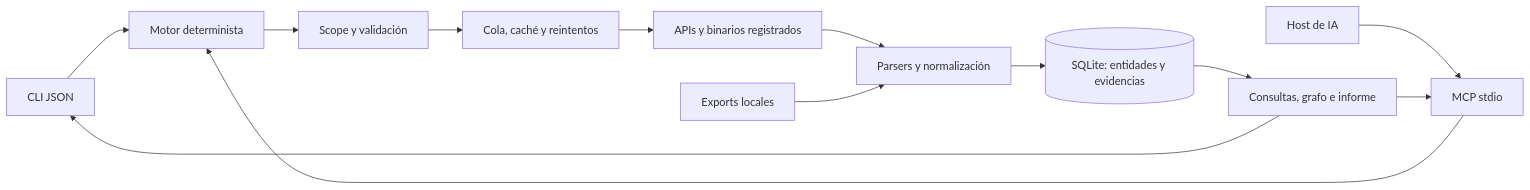
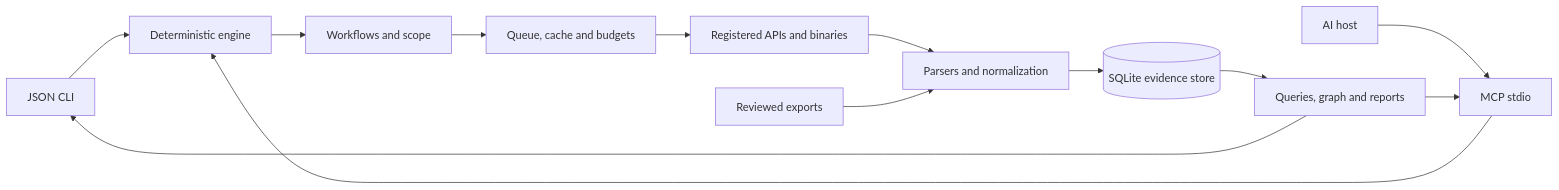
Before and after one commit to jenmar23rondon-ux/OSINT_POWER: the diagram in README.md, drawn with Mermaid. The commit also changed other lines of this file and 39 other files, not shown here.

````diff
--- a/README.md
+++ b/README.md
@@ -155,15 +181,15 @@
 ```mermaid
 flowchart LR
-    CLI[CLI JSON] --> E[Motor determinista]
-    AI[Host de IA] --> MCP[MCP stdio]
+    CLI[JSON CLI] --> E[Deterministic engine]
+    AI[AI host] --> MCP[MCP stdio]
     MCP --> E
-    E --> S[Scope y validación]
-    S --> Q[Cola, caché y reintentos]
-    Q --> A[APIs y binarios registrados]
-    A --> P[Parsers y normalización]
-    I[Exports locales] --> P
-    P --> DB[(SQLite: entidades y evidencias)]
-    DB --> R[Consultas, grafo e informe]
+    E --> W[Workflows and scope]
+    W --> Q[Queue, cache and budgets]
+    Q --> A[Registered APIs and binaries]
+    A --> P[Parsers and normalization]
+    I[Reviewed exports] --> P
+    P --> DB[(SQLite evidence store)]
+    DB --> R[Queries, graph and reports]
     R --> MCP
     R --> CLI
 ```
````
